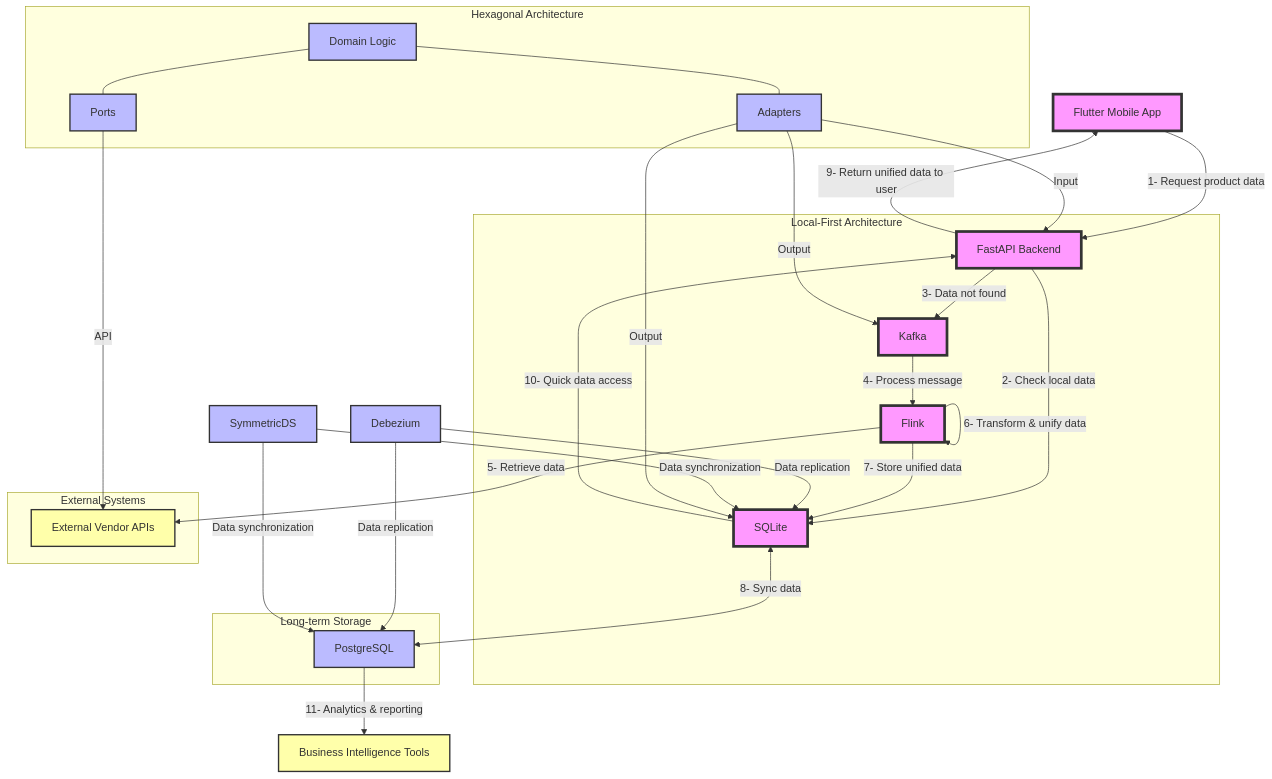
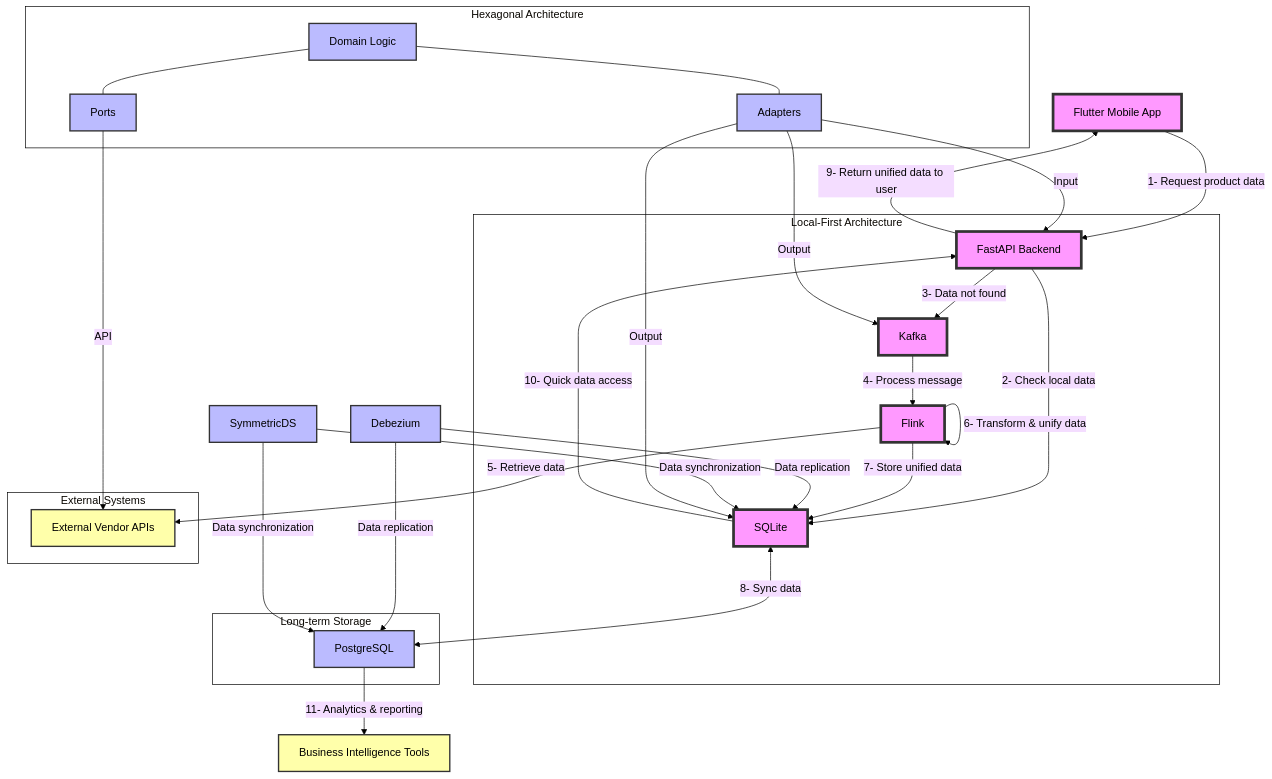
The first of 2 diagrams in readme.md (cheryiit/multivendor-catalog), drawn with Mermaid before and after one commit.

````diff
--- a/readme.md
+++ b/readme.md
@@ -6,55 +6,68 @@
 ```mermaid
+%%{
+  init: {
+    'theme': 'base',
+    'themeVariables': {
+      'background': '#ffffff',
+      'primaryTextColor': '#000000',
+      'lineColor': '#000000',
+      'fontFamily': 'arial',
+      'clusterBkg': '#ffffff',
+      'clusterBorder': '#000000'
+    }
+  }
+}%%
 graph TD
     A[Flutter Mobile App] -->|1- Request product data| B[FastAPI Backend]
     B -->|2- Check local data| C[SQLite]
     B -->|3- Data not found| D[Kafka]
     D -->|4- Process message| E[Flink]
     E -->|5- Retrieve data| F[External Vendor APIs]
     E -->|6- Transform & unify data| E
     E -->|7- Store unified data| C
     C <-->|8- Sync data| G[PostgreSQL]
 
     subgraph "Local-First Architecture"
         B
         C
         D
         E
     end
 
     subgraph "External Systems"
         F
     end
 
     subgraph "Long-term Storage"
         G
     end
 
     H[Debezium] -->|Data replication| C
     H -->|Data replication| G
     I[SymmetricDS] -->|Data synchronization| C
     I -->|Data synchronization| G
 
     subgraph "Hexagonal Architecture"
         J[Domain Logic]
         K[Adapters]
         L[Ports]
         J --- K
         J --- L
         K -->|Input| B
         K -->|Output| C
         K -->|Output| D
         L -->|API| F
     end
 
     B -->|9- Return unified data to user| A
     C -->|10- Quick data access| B
     G -->|11- Analytics & reporting| M[Business Intelligence Tools]
 
     classDef primary fill:#f9f,stroke:#333,stroke-width:4px;
     classDef secondary fill:#bbf,stroke:#333,stroke-width:2px;
     classDef external fill:#ffa,stroke:#333,stroke-width:2px;
 
     class A,B,C,D,E primary;
     class G,H,I,J,K,L secondary;
     class F,M external;
 ```
````
